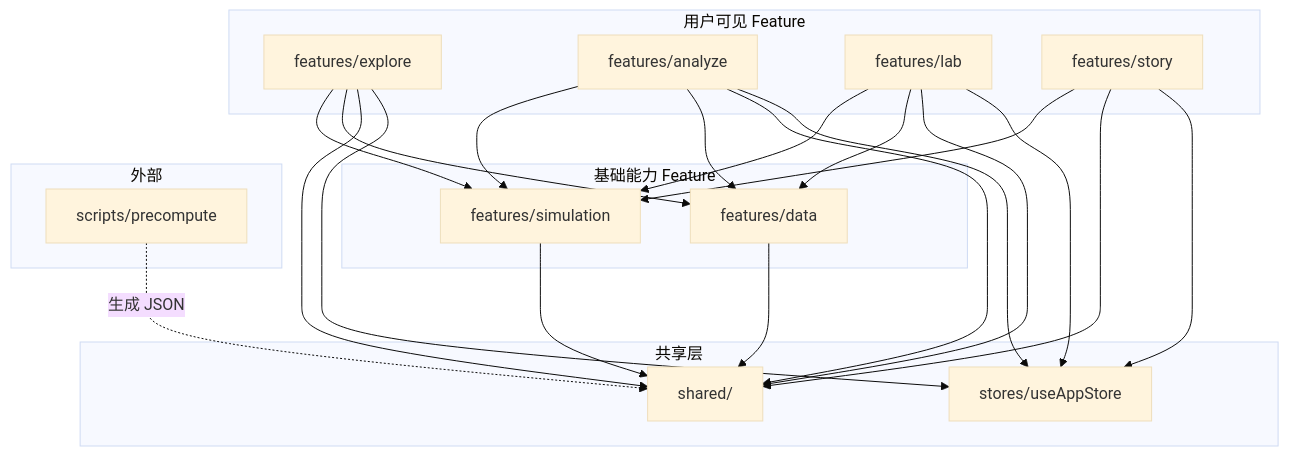
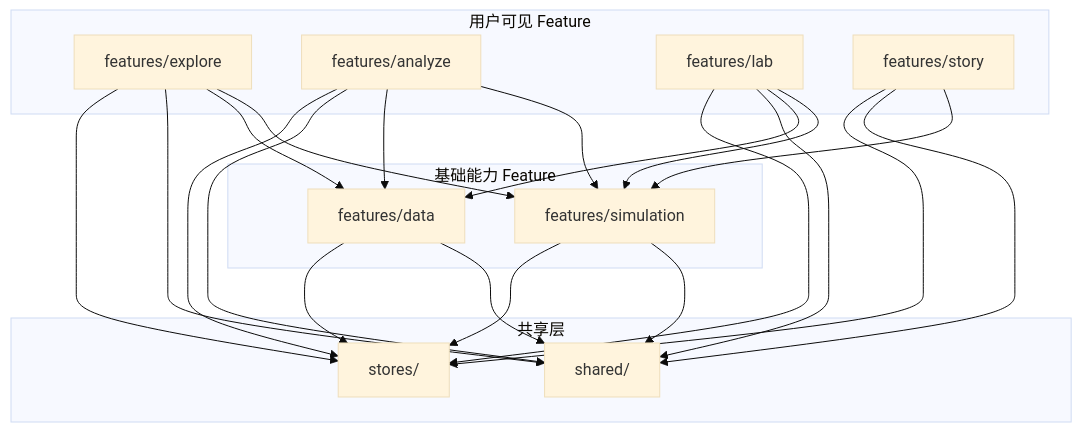
The diagram in docs/双摆混沌实验室-项目结构.md (FengZhiHen1/Chaos-Pendulum), drawn with Mermaid (base theme) before and after one commit. The commit also changed other lines of this file, not shown here.

Commit message:
docs: 更新项目结构设计文档至 v2.0——反映 Clean Architecture 五层模型落地

````diff
--- a/docs/双摆混沌实验室-项目结构.md
+++ b/docs/双摆混沌实验室-项目结构.md
@@ -358,45 +261,41 @@
 ```mermaid
 graph TD
     subgraph 用户可见 Feature
         EXPLORE[features/explore]
         ANALYZE[features/analyze]
         LAB[features/lab]
         STORY[features/story]
     end
 
     subgraph 基础能力 Feature
         SIM[features/simulation]
         DAT[features/data]
     end
 
     subgraph 共享层
         SHARED[shared/]
-        APP[stores/useAppStore]
-    end
-
-    subgraph 外部
-        SCRIPTS[scripts/precompute]
+        STORE[stores/]
     end
 
     EXPLORE --> SIM
     EXPLORE --> DAT
     ANALYZE --> SIM
     ANALYZE --> DAT
     LAB --> SIM
     LAB --> DAT
     STORY --> SIM
 
     EXPLORE --> SHARED
     ANALYZE --> SHARED
     LAB --> SHARED
     STORY --> SHARED
     SIM --> SHARED
     DAT --> SHARED
 
-    EXPLORE --> APP
-    ANALYZE --> APP
-    LAB --> APP
-    STORY --> APP
-
-    SCRIPTS -.->|生成 JSON| SHARED
+    EXPLORE --> STORE
+    ANALYZE --> STORE
+    LAB --> STORE
+    STORY --> STORE
+    SIM --> STORE
+    DAT --> STORE
 ```
````
